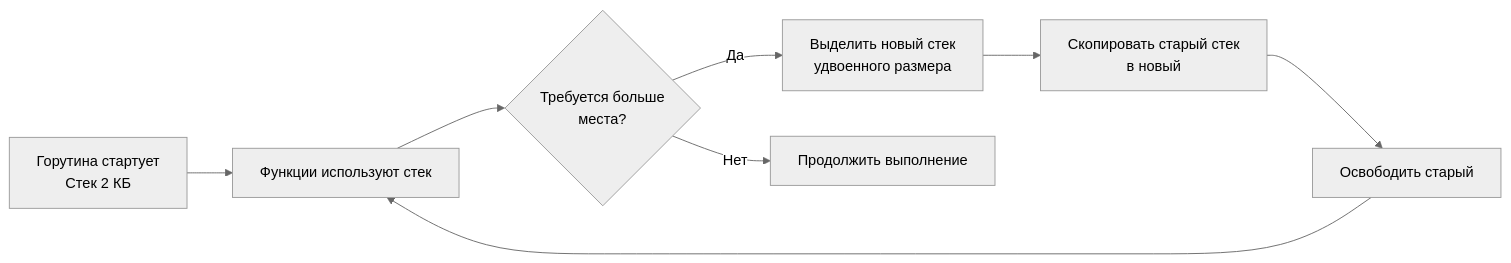
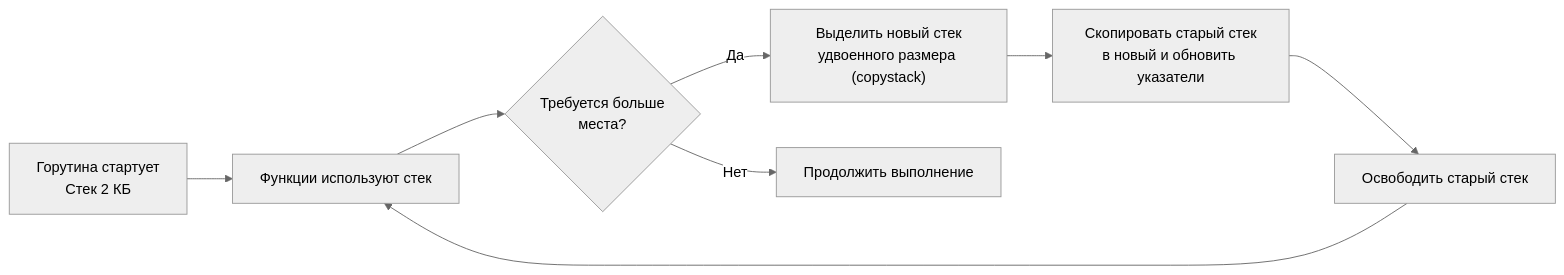
One commit to UnrealTemplier/go-textbook changed the diagram in sources/16. Профилирование, отладка и производительность/04. Memory profiling/2. Heap vs stack.md. Above: the diagram before and after it, drawn with Mermaid (neutral theme). The commit also changed other lines of this file, not shown here.

````diff
--- a/sources/16. Профилирование, отладка и производительность/04. Memory profiling/2. Heap vs stack.md
+++ b/sources/16. Профилирование, отладка и производительность/04. Memory profiling/2. Heap vs stack.md
@@ -17,10 +38,10 @@
 ```mermaid
 flowchart LR
     Start["Горутина стартует<br>Стек 2 КБ"] --> Use["Функции используют стек"]
     Use --> NeedsMore{"Требуется больше<br>места?"}
-    NeedsMore -- "Да" --> Alloc["Выделить новый стек<br>удвоенного размера"]
-    Alloc --> Copy["Скопировать старый стек<br>в новый"]
-    Copy --> Free["Освободить старый"]
+    NeedsMore -- "Да" --> Alloc["Выделить новый стек<br>удвоенного размера (copystack)"]
+    Alloc --> Copy["Скопировать старый стек<br>в новый и обновить указатели"]
+    Copy --> Free["Освободить старый стек"]
     Free --> Use
     NeedsMore -- "Нет" --> Continue["Продолжить выполнение"]
 ```
````
